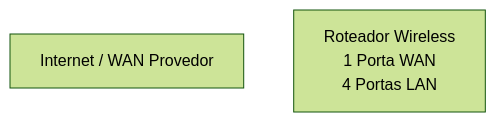
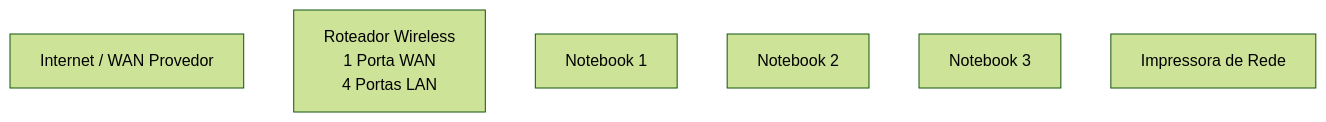
The diagram in README.md (lbruss/lab-redes01), drawn with Mermaid (forest theme) before and after one commit.

````diff
--- a/README.md
+++ b/README.md
@@ -37,7 +37,15 @@
 ```mermaid
 graph TD
 
 WAN[Internet / WAN Provedor]
 
 Router[Roteador Wireless<br>1 Porta WAN<br>4 Portas LAN]
+
+PC1[Notebook 1]
+PC2[Notebook 2]
+PC3[Notebook 3]
+
+Printer[Impressora de Rede]
+
+WAN
 ```
````
